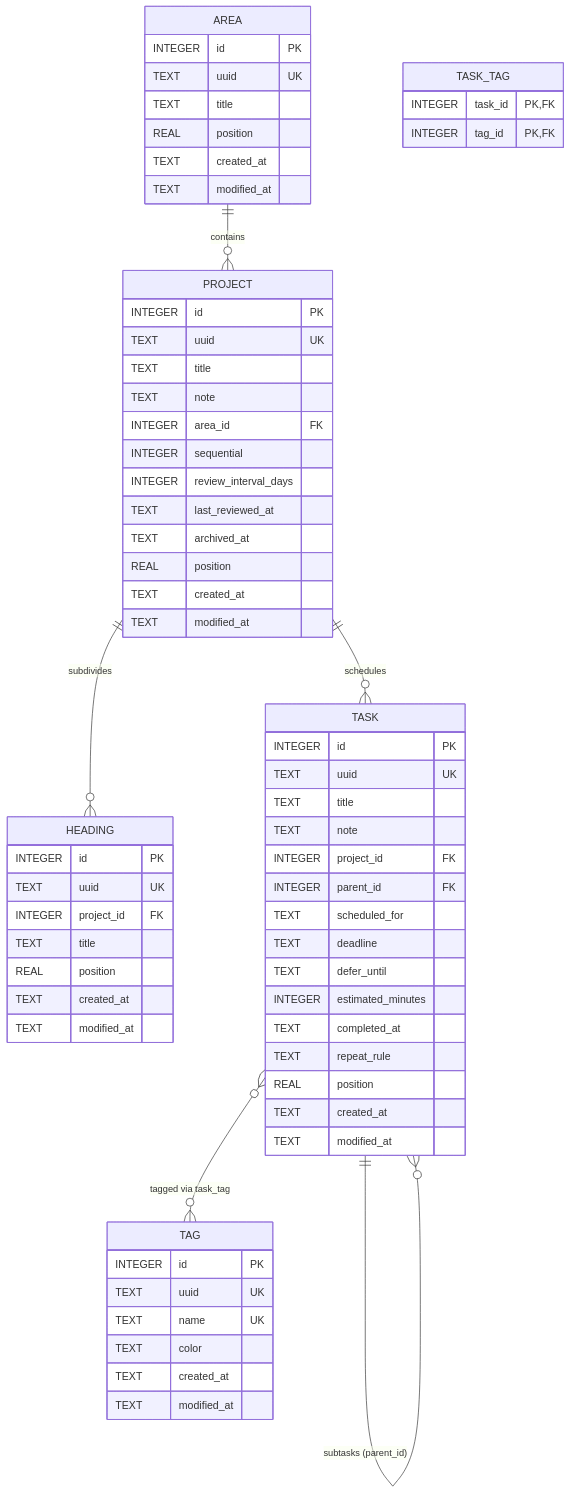
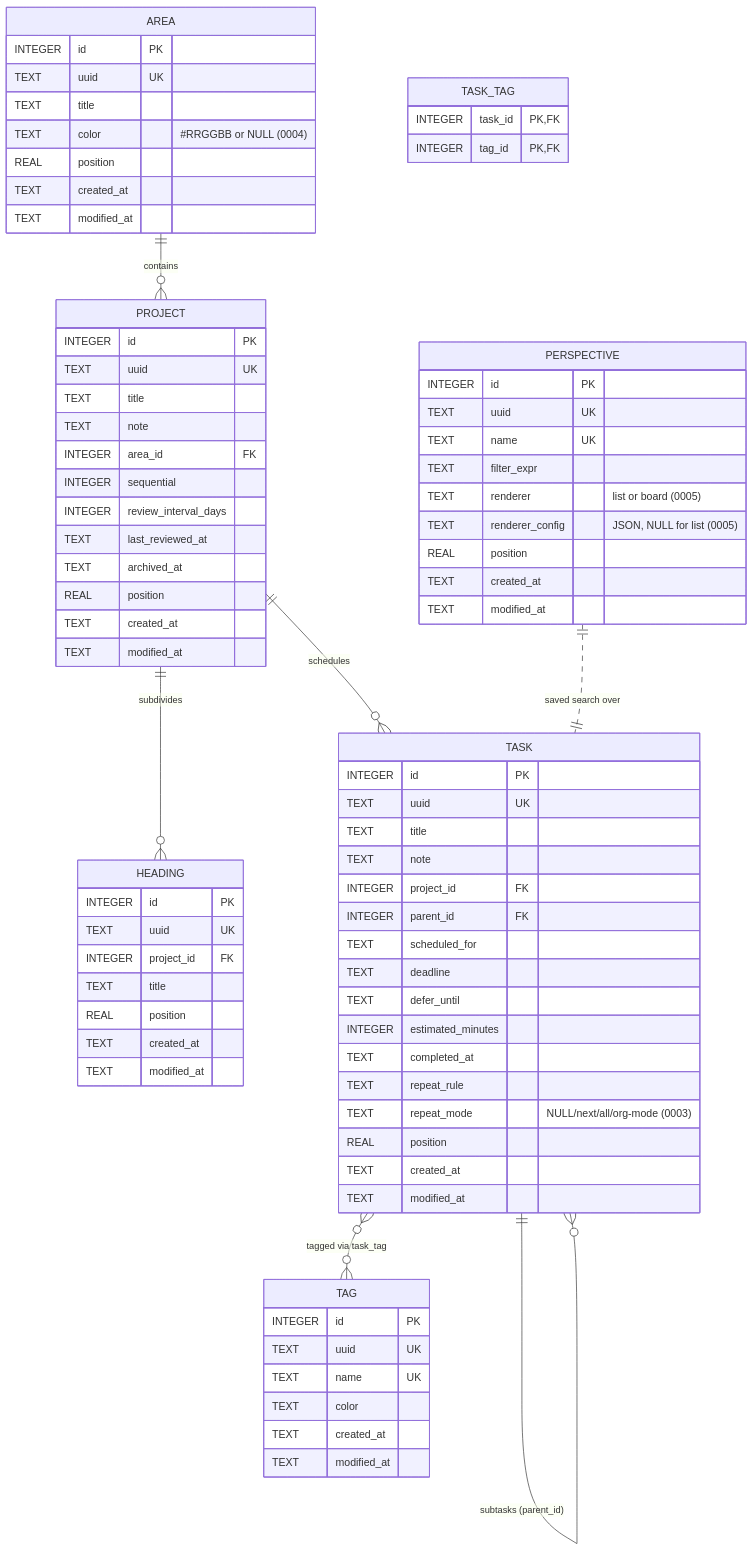
The diagram in docs/schema.md (VirInvictus/Atrium), drawn with Mermaid before and after one commit. The commit also changed other lines of this file and 11 other files, not shown here.

```diff
--- a/docs/schema.md
+++ b/docs/schema.md
@@ -13,11 +23,13 @@
     PROJECT ||--o{ TASK : "schedules"
     TASK ||--o{ TASK : "subtasks (parent_id)"
     TASK }o--o{ TAG : "tagged via task_tag"
+    PERSPECTIVE ||..|| TASK : "saved search over"
 
     AREA {
         INTEGER id PK
         TEXT uuid UK
         TEXT title
+        TEXT color "#RRGGBB or NULL (0004)"
         REAL position
         TEXT created_at
         TEXT modified_at
@@ -58,6 +70,18 @@
         INTEGER estimated_minutes
         TEXT completed_at
         TEXT repeat_rule
+        TEXT repeat_mode "NULL/next/all/org-mode (0003)"
+        REAL position
+        TEXT created_at
+        TEXT modified_at
+    }
+    PERSPECTIVE {
+        INTEGER id PK
+        TEXT uuid UK
+        TEXT name UK
+        TEXT filter_expr
+        TEXT renderer "list or board (0005)"
+        TEXT renderer_config "JSON, NULL for list (0005)"
         REAL position
         TEXT created_at
         TEXT modified_at
```
